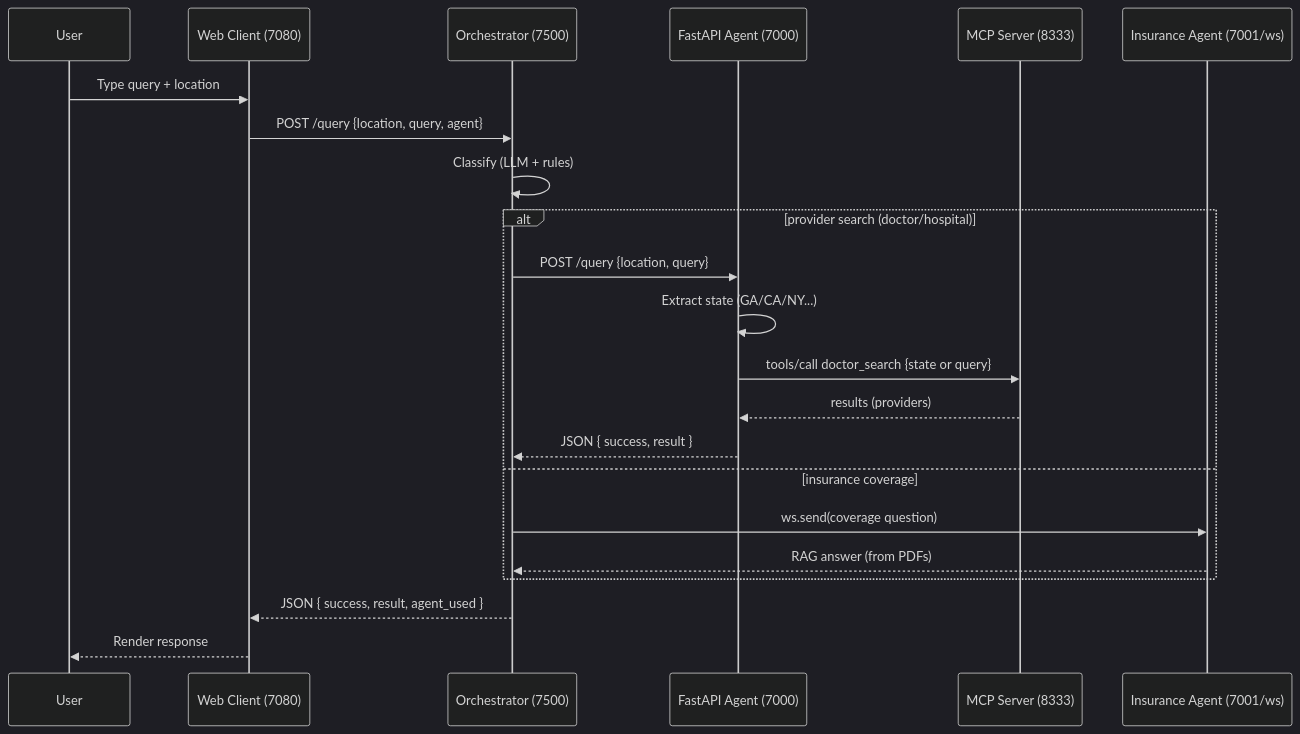
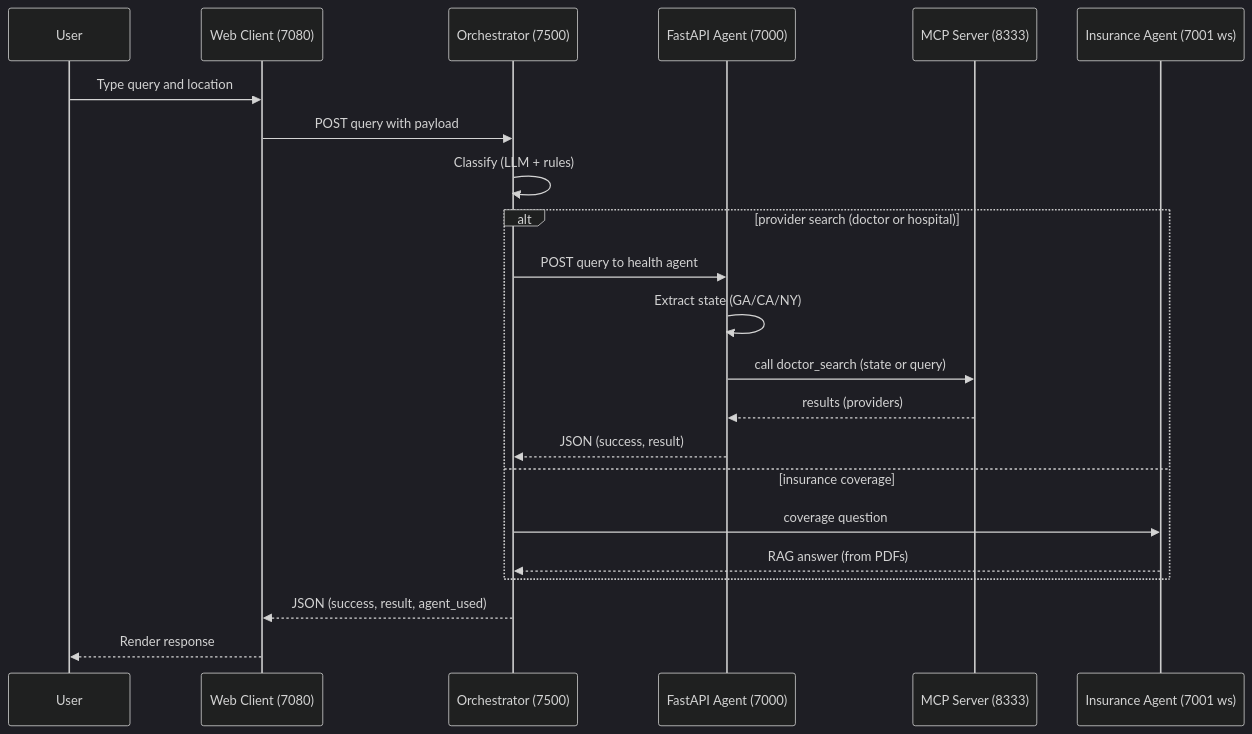
One commit to schmouli/multi-agent-ai changed the diagram in docs/diagrams/orchestrator_sequence.mmd. Above: the diagram before and after it, drawn with Mermaid (dark theme). The commit also changed 7 other files, not shown here.

```diff
--- a/docs/diagrams/orchestrator_sequence.mmd
+++ b/docs/diagrams/orchestrator_sequence.mmd
@@ -1,23 +1,23 @@
 sequenceDiagram
   participant U as User
   participant W as Web Client (7080)
   participant O as Orchestrator (7500)
   participant F as FastAPI Agent (7000)
   participant M as MCP Server (8333)
-  participant I as Insurance Agent (7001/ws)
+  participant I as Insurance Agent (7001 ws)
 
-  U->>W: Type query + location
-  W->>O: POST /query {location, query, agent}
+  U->>W: Type query and location
+  W->>O: POST query with payload
   O->>O: Classify (LLM + rules)
-  alt provider search (doctor/hospital)
-    O->>F: POST /query {location, query}
-    F->>F: Extract state (GA/CA/NY...)
-    F->>M: tools/call doctor_search {state or query}
+  alt provider search (doctor or hospital)
+    O->>F: POST query to health agent
+    F->>F: Extract state (GA/CA/NY)
+    F->>M: call doctor_search (state or query)
     M-->>F: results (providers)
-    F-->>O: JSON { success, result }
+    F-->>O: JSON (success, result)
   else insurance coverage
-    O->>I: ws.send(coverage question)
+    O->>I: coverage question
     I-->>O: RAG answer (from PDFs)
   end
-  O-->>W: JSON { success, result, agent_used }
+  O-->>W: JSON (success, result, agent_used)
   W-->>U: Render response
```
